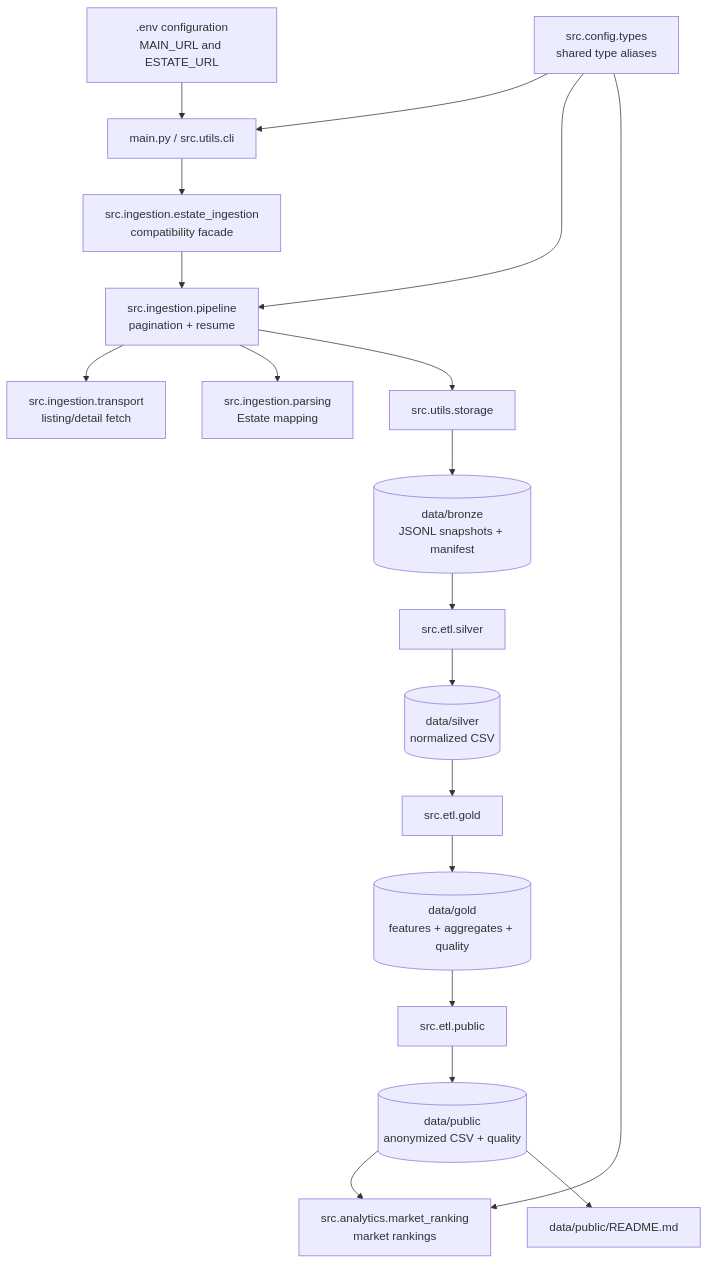
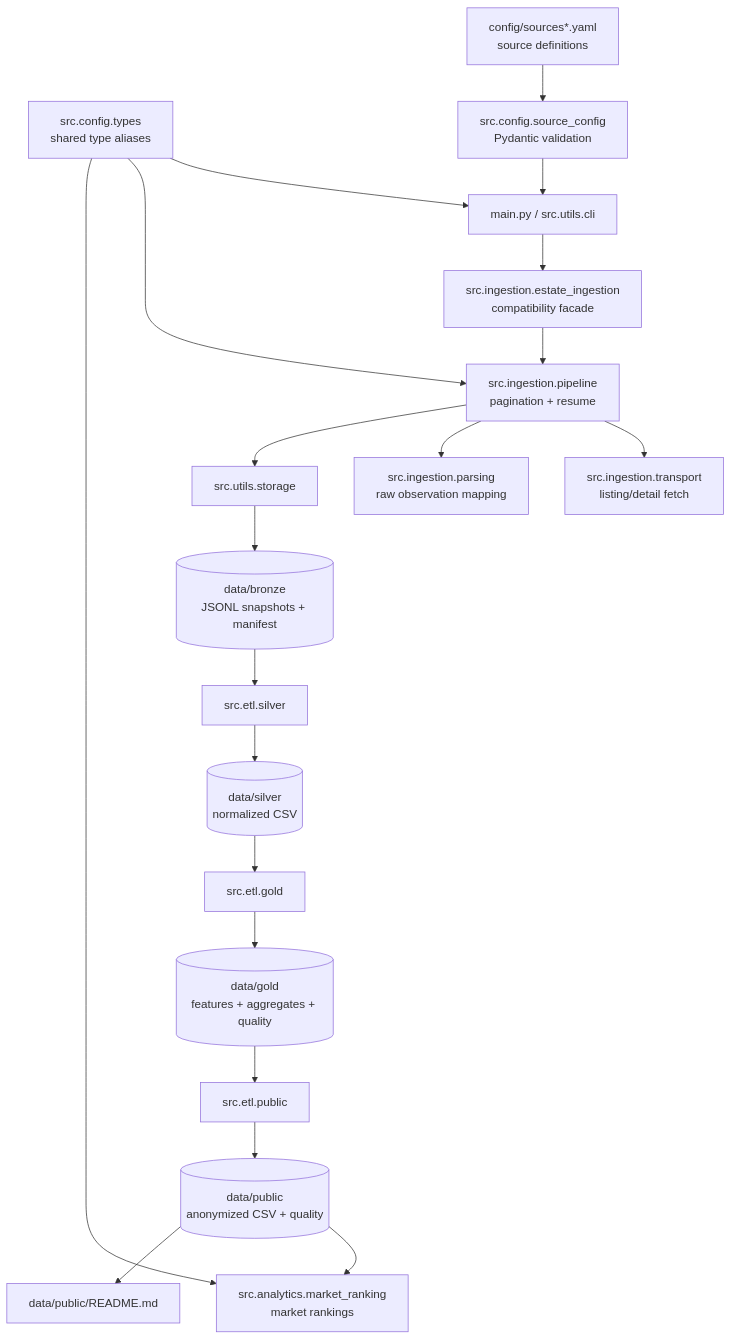
The diagram in docs/data-pipeline.md (bi3lu/polish-real-estate-price-aggregates), drawn with Mermaid before and after one commit. The commit also changed 29 other files, not shown here.

Commit message:
Add neutral models, add config loader, add multiple sources for cli and pipeline

````diff
--- a/docs/data-pipeline.md
+++ b/docs/data-pipeline.md
@@ -3,39 +3,41 @@
 ```mermaid
 flowchart TD
-    env[.env configuration<br/>MAIN_URL and ESTATE_URL]
+    source_config[config/sources*.yaml<br/>source definitions]
     config_types[src.config.types<br/>shared type aliases]
+    config_loader[src.config.source_config<br/>Pydantic validation]
     cli[main.py / src.utils.cli]
     ingestion[src.ingestion.estate_ingestion<br/>compatibility facade]
     ingestion_pipeline[src.ingestion.pipeline<br/>pagination + resume]
     ingestion_transport[src.ingestion.transport<br/>listing/detail fetch]
-    ingestion_parsing[src.ingestion.parsing<br/>Estate mapping]
+    ingestion_parsing[src.ingestion.parsing<br/>raw observation mapping]
     bronze_storage[src.utils.storage]
     bronze[(data/bronze<br/>JSONL snapshots + manifest)]
     silver_etl[src.etl.silver]
     silver[(data/silver<br/>normalized CSV)]
     gold_etl[src.etl.gold]
     gold[(data/gold<br/>features + aggregates + quality)]
     public_etl[src.etl.public]
     public[(data/public<br/>anonymized CSV + quality)]
     market_ranking[src.analytics.market_ranking<br/>market rankings]
     public_readme[data/public/README.md]
 
-    env --> cli
+    source_config --> config_loader
+    config_loader --> cli
     config_types --> cli
     config_types --> ingestion_pipeline
     config_types --> market_ranking
     cli --> ingestion
     ingestion --> ingestion_pipeline
     ingestion_pipeline --> ingestion_transport
     ingestion_pipeline --> ingestion_parsing
     ingestion_pipeline --> bronze_storage
     bronze_storage --> bronze
     bronze --> silver_etl
     silver_etl --> silver
     silver --> gold_etl
     gold_etl --> gold
     gold --> public_etl
     public_etl --> public
     public --> market_ranking
     public --> public_readme
 ```
````
